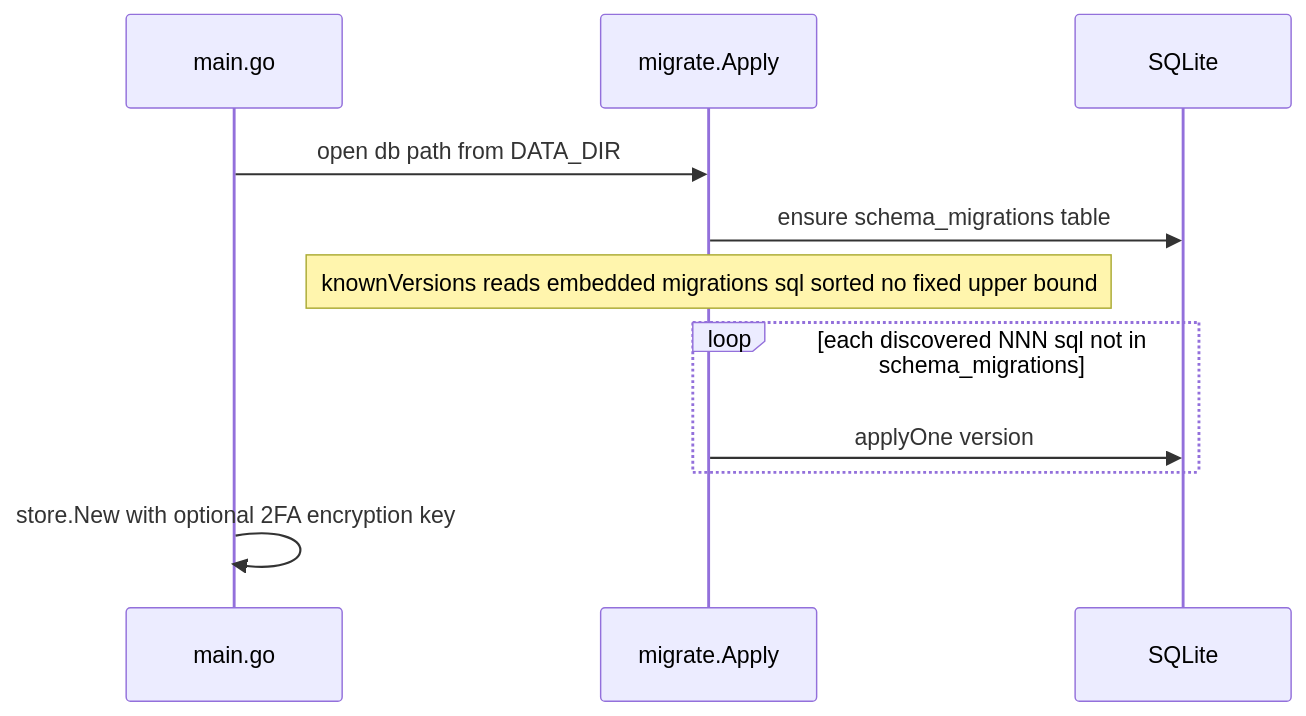
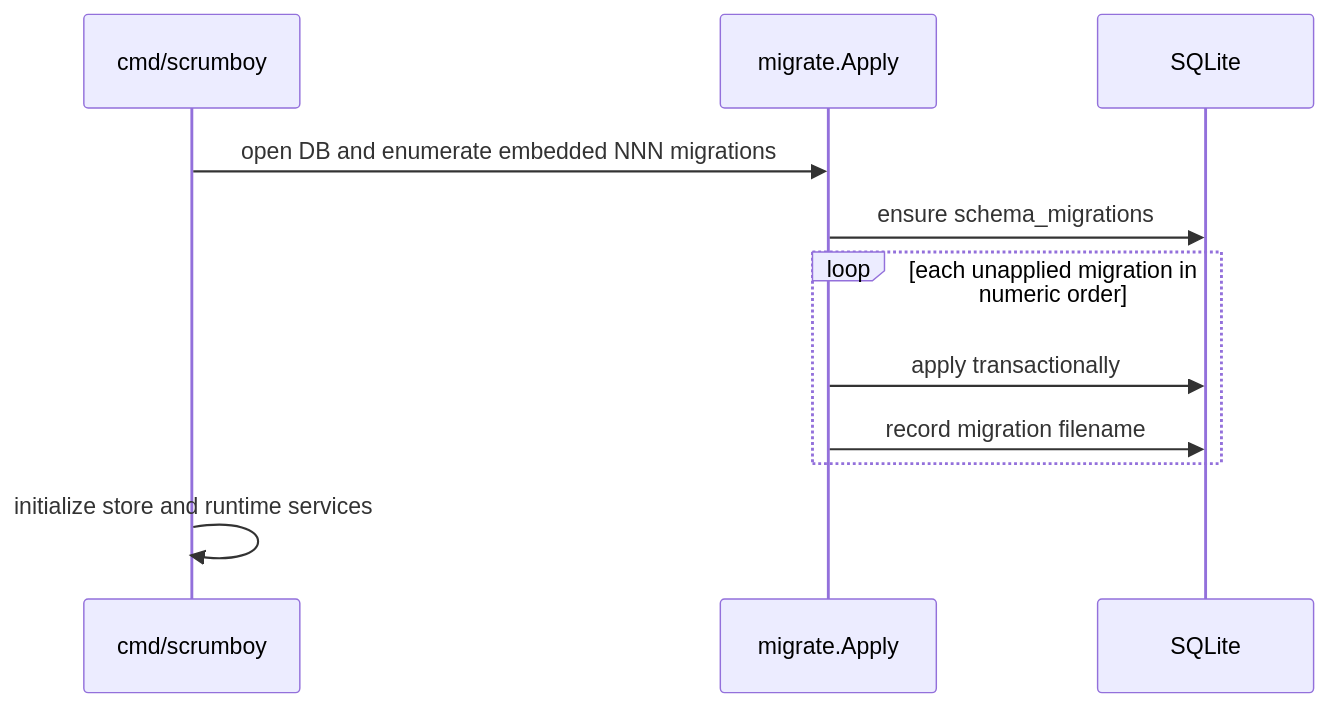
One commit to markrai/scrumboy changed the third of 3 diagrams in docs/diagrams/scrumboy_data_model.md. Above: the diagram before and after it, drawn with Mermaid. The commit also changed other lines of this file and 189 other files, not shown here.

````diff
--- a/docs/diagrams/scrumboy_data_model.md
+++ b/docs/diagrams/scrumboy_data_model.md
@@ -43,14 +78,14 @@
 ```mermaid
 sequenceDiagram
-  participant Main as main.go
+  participant Main as cmd/scrumboy
   participant Mig as migrate.Apply
   participant DB as SQLite
 
-  Main->>Mig: open db path from DATA_DIR
-  Mig->>DB: ensure schema_migrations table
-  Note over Mig: knownVersions reads embedded migrations sql sorted no fixed upper bound
-  loop each discovered NNN sql not in schema_migrations
-    Mig->>DB: applyOne version
+  Main->>Mig: open DB and enumerate embedded NNN migrations
+  Mig->>DB: ensure schema_migrations
+  loop each unapplied migration in numeric order
+    Mig->>DB: apply transactionally
+    Mig->>DB: record migration filename
   end
-  Main->>Main: store.New with optional 2FA encryption key
+  Main->>Main: initialize store and runtime services
 ```
````
